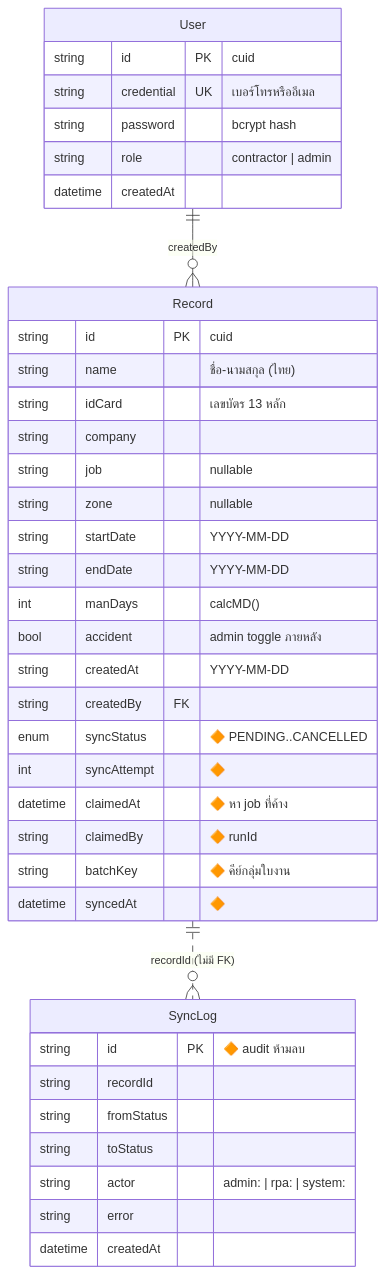
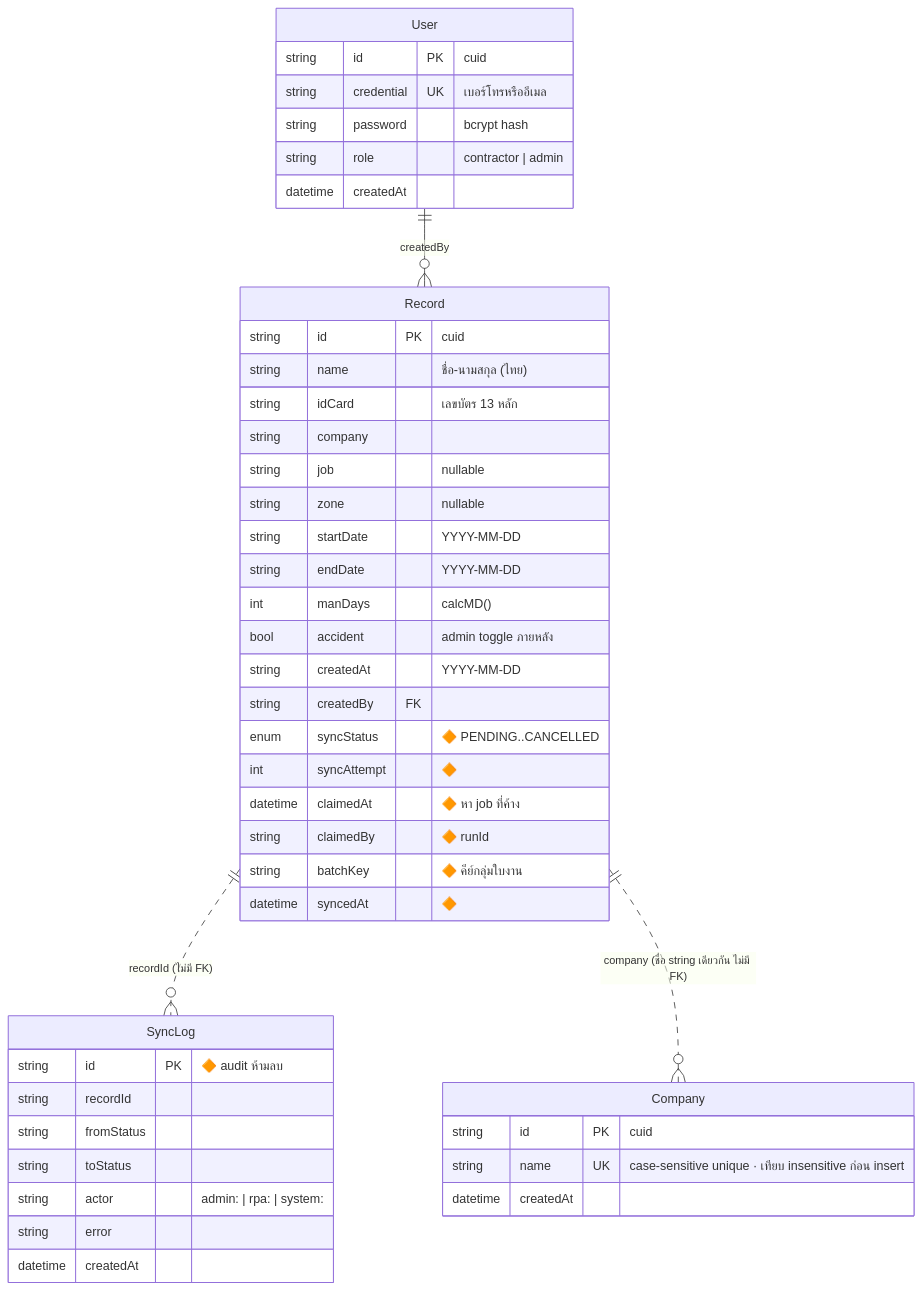
One commit to Prachya-8bit/Gate-pass-system changed the third of 6 diagrams in docs/architecture.md. Above: the diagram before and after it, drawn with Mermaid. The commit also changed other lines of this file and 11 other files, not shown here.

````diff
--- a/docs/architecture.md
+++ b/docs/architecture.md
@@ -102,42 +103,48 @@
 ```mermaid
 erDiagram
     User ||--o{ Record : "createdBy"
     Record ||..o{ SyncLog : "recordId (ไม่มี FK)"
+    Record ||..o{ Company : "company (ชื่อ string เดียวกัน ไม่มี FK)"
 
     User {
         string id PK "cuid"
         string credential UK "เบอร์โทรหรืออีเมล"
         string password "bcrypt hash"
         string role "contractor | admin"
         datetime createdAt
     }
     Record {
         string id PK "cuid"
         string name "ชื่อ-นามสกุล (ไทย)"
         string idCard "เลขบัตร 13 หลัก"
         string company
         string job "nullable"
         string zone "nullable"
         string startDate "YYYY-MM-DD"
         string endDate "YYYY-MM-DD"
         int manDays "calcMD()"
         bool accident "admin toggle ภายหลัง"
         string createdAt "YYYY-MM-DD"
         string createdBy FK
         enum syncStatus "🔶 PENDING..CANCELLED"
         int syncAttempt "🔶"
         datetime claimedAt "🔶 หา job ที่ค้าง"
         string claimedBy "🔶 runId"
         string batchKey "🔶 คีย์กลุ่มใบงาน"
         datetime syncedAt "🔶"
     }
     SyncLog {
         string id PK "🔶 audit ห้ามลบ"
         string recordId
         string fromStatus
         string toStatus
         string actor "admin: | rpa: | system:"
         string error
         datetime createdAt
     }
+    Company {
+        string id PK "cuid"
+        string name UK "case-sensitive unique · เทียบ insensitive ก่อน insert"
+        datetime createdAt
+    }
 ```
````
